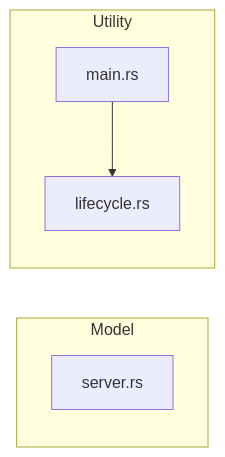
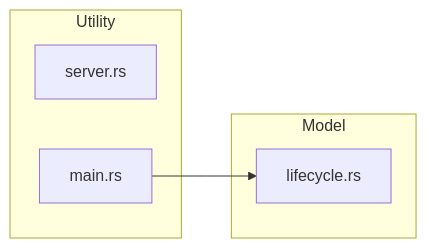
One commit to Mague/void-stack changed the seventh of 8 diagrams in void-stack-analysis.md. Above: the diagram before and after it, drawn with Mermaid. The commit also changed other lines of this file and 7 other files, not shown here.

````diff
--- a/void-stack-analysis.md
+++ b/void-stack-analysis.md
@@ -1308,11 +1306,11 @@
 ```mermaid
 graph LR
     subgraph model ["Model"]
-        src_server_rs["server.rs"]
+        src_lifecycle_rs["lifecycle.rs"]
     end
     subgraph utility ["Utility"]
+        src_server_rs["server.rs"]
         src_main_rs["main.rs"]
-        src_lifecycle_rs["lifecycle.rs"]
     end
     src_main_rs --> src_lifecycle_rs
 ```
````
